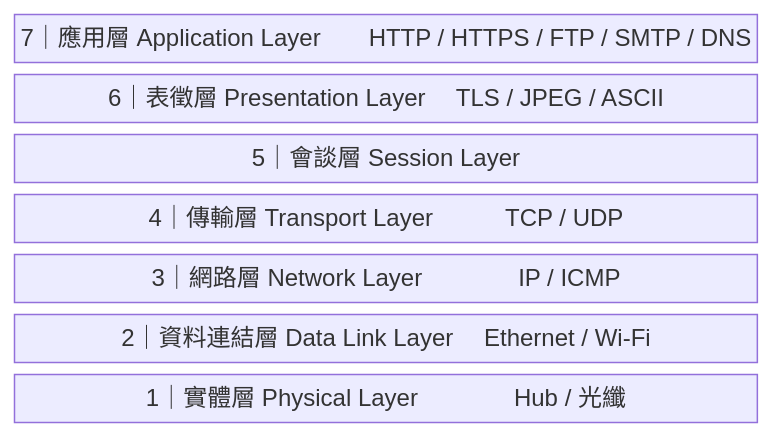
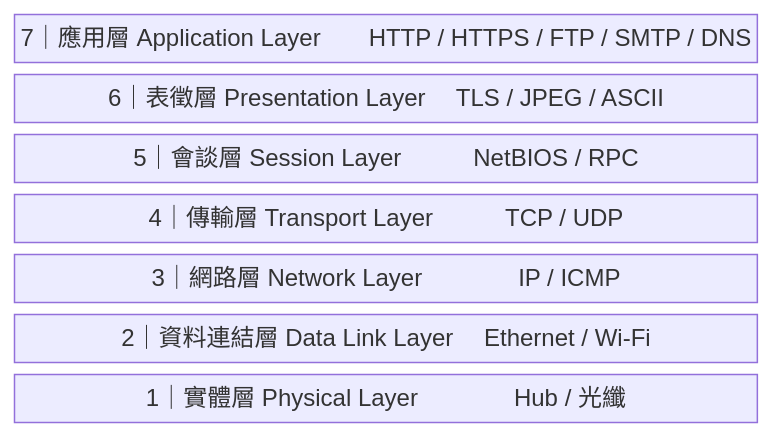
One commit to BIBIOTA/bibiota-profile changed the first of 2 diagrams in docs/tech/posts/2026-06-06-network-protocol-layers.md. Above: the diagram before and after it, drawn with Mermaid. The commit also changed other lines of this file, not shown here.

Commit message:
docs: add protocols to OSI session layer in Mermaid diagram for visual consistency

````diff
--- a/docs/tech/posts/2026-06-06-network-protocol-layers.md
+++ b/docs/tech/posts/2026-06-06-network-protocol-layers.md
@@ -52,11 +52,11 @@
 ```mermaid
 block-beta
   columns 1
   L7["7｜應用層 Application Layer　　HTTP / HTTPS / FTP / SMTP / DNS"]
   L6["6｜表徵層 Presentation Layer　 TLS / JPEG / ASCII"]
-  L5["5｜會談層 Session Layer"]
+  L5["5｜會談層 Session Layer　　　NetBIOS / RPC"]
   L4["4｜傳輸層 Transport Layer　　　TCP / UDP"]
   L3["3｜網路層 Network Layer　　　　IP / ICMP"]
   L2["2｜資料連結層 Data Link Layer　 Ethernet / Wi-Fi"]
   L1["1｜實體層 Physical Layer　　　　Hub / 光纖"]
 ```
````
